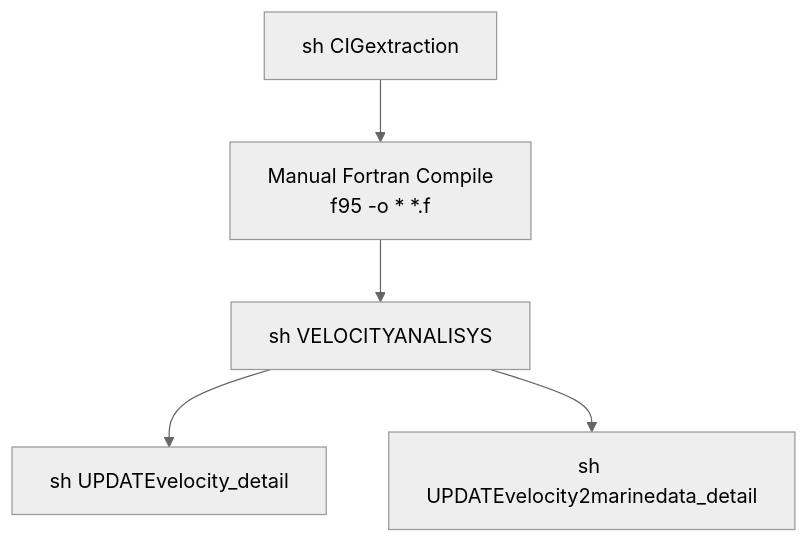
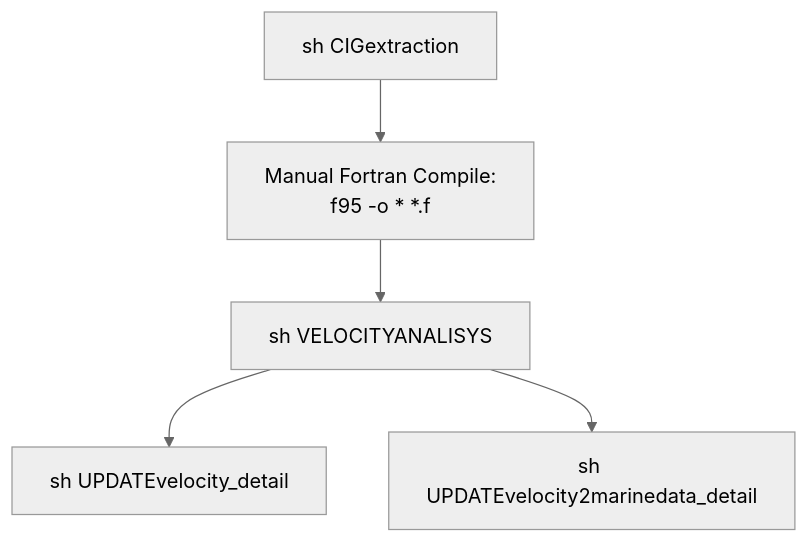
One commit to Dai411/ISTRICI-tools changed the first of 2 diagrams in Velocity_Analysis&Update_TRAD/Readme-updated_info.md. Above: the diagram before and after it, drawn with Mermaid (neutral theme).

````diff
--- a/Velocity_Analysis&Update_TRAD/Readme-updated_info.md
+++ b/Velocity_Analysis&Update_TRAD/Readme-updated_info.md
@@ -165,7 +165,7 @@
 ```mermaid
 graph TD
-    A[sh CIGextraction] --> B[Manual Fortran Compile \n f95 -o * *.f]
+    A[sh CIGextraction] --> B[Manual Fortran Compile: <br>f95 -o * *.f]
     B --> C[sh VELOCITYANALISYS]
     C --> D[sh UPDATEvelocity_detail]
     C --> E[sh UPDATEvelocity2marinedata_detail]
 ```
````
